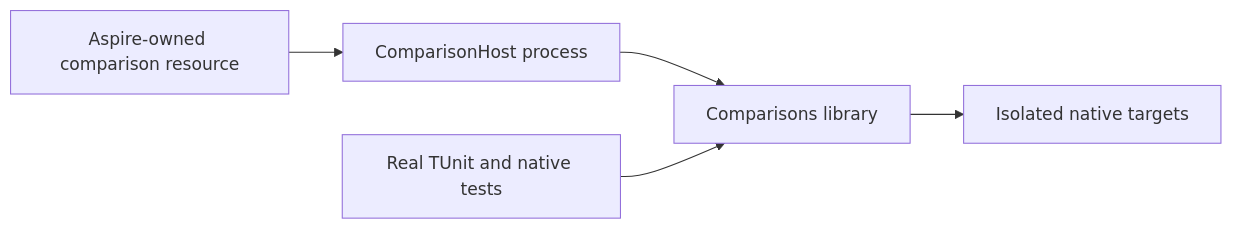
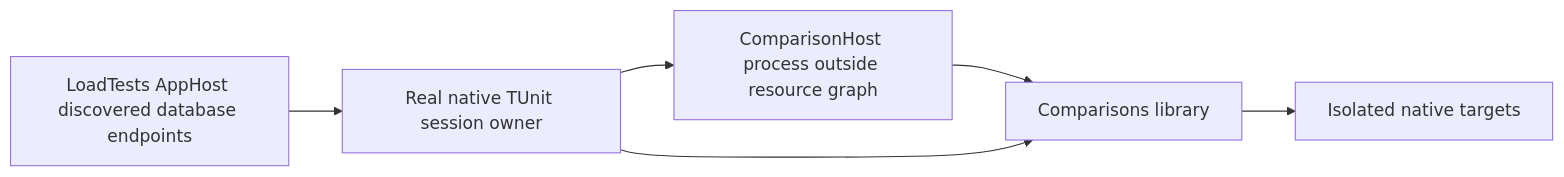
Before and after one commit to managedcode/KeyLoad: the diagram in docs/ADR/ADR-043-comparison-library-host.md, drawn with Mermaid. The commit also changed other lines of this file and 636 other files, not shown here.

````diff
--- a/docs/ADR/ADR-043-comparison-library-host.md
+++ b/docs/ADR/ADR-043-comparison-library-host.md
@@ -10,7 +10,8 @@
 ```mermaid
 flowchart LR
-    Aspire[Aspire-owned comparison resource] --> Host[ComparisonHost process]
+    Aspire[LoadTests AppHost discovered database endpoints] --> Tests[Real native TUnit session owner]
+    Tests --> Host[ComparisonHost process outside resource graph]
     Host --> Library[Comparisons library]
-    Tests[Real TUnit and native tests] --> Library
+    Tests --> Library
     Library --> Targets[Isolated native targets]
 ```
````
